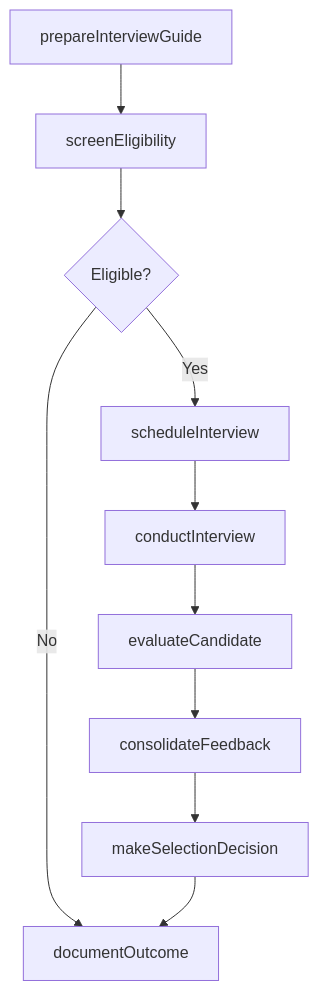
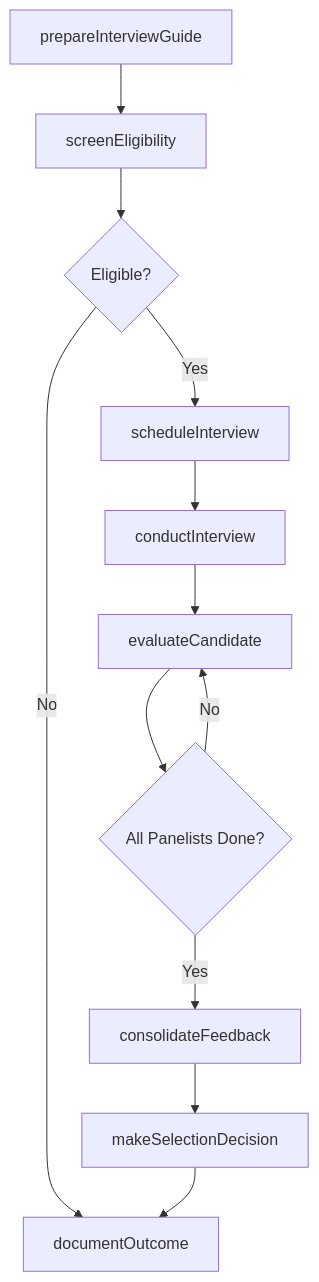
The third of 4 diagrams in StaffingOrganizationalUnits/PerformRecruitingOrHiringActivities/ConductEligibilitySelectionInterviews.mdx (dot-org-ai/tasks.org.ai), drawn with Mermaid before and after one commit. The commit also changed other lines of this file and 266 other files, not shown here.

First line of the commit message:
feat: Add ER diagrams, state diagrams to wave 2 batch (251 DWA files)

````diff
--- a/StaffingOrganizationalUnits/PerformRecruitingOrHiringActivities/ConductEligibilitySelectionInterviews.mdx
+++ b/StaffingOrganizationalUnits/PerformRecruitingOrHiringActivities/ConductEligibilitySelectionInterviews.mdx
@@ -91,12 +119,14 @@
 ```mermaid
 graph TD
     A[prepareInterviewGuide] --> B[screenEligibility]
     B --> C{Eligible?}
     C -->|No| D[documentOutcome]
     C -->|Yes| E[scheduleInterview]
     E --> F[conductInterview]
     F --> G[evaluateCandidate]
-    G --> H[consolidateFeedback]
-    H --> I[makeSelectionDecision]
-    I --> D
+    G --> H{All Panelists Done?}
+    H -->|No| G
+    H -->|Yes| I[consolidateFeedback]
+    I --> J[makeSelectionDecision]
+    J --> D
 ```
````
